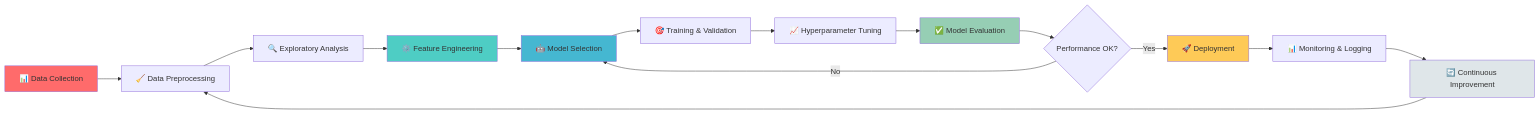
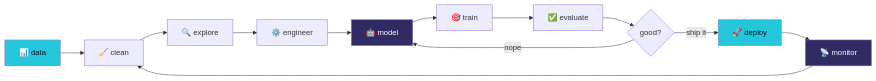
The diagram in README.md (tarunmehrda/tarunmehrda), drawn with Mermaid before and after one commit. The commit also changed other lines of this file, not shown here.

````diff
--- a/README.md
+++ b/README.md
@@ -414,23 +150,18 @@
 ```mermaid
 graph LR
-    A[📊 Data Collection] --> B[🧹 Data Preprocessing]
-    B --> C[🔍 Exploratory Analysis]
-    C --> D[⚙️ Feature Engineering]
-    D --> E[🤖 Model Selection]
-    E --> F[🎯 Training & Validation]
-    F --> G[📈 Hyperparameter Tuning]
-    G --> H[✅ Model Evaluation]
-    H --> I{Performance OK?}
-    I -->|No| E
-    I -->|Yes| J[🚀 Deployment]
-    J --> K[📊 Monitoring & Logging]
-    K --> L[🔄 Continuous Improvement]
-    L --> B
-    
-    style A fill:#FF6B6B
-    style D fill:#4ECDC4
-    style E fill:#45B7D1
-    style H fill:#96CEB4
-    style J fill:#FECA57
-    style L fill:#DFE6E9
+    A[📊 data] --> B[🧹 clean]
+    B --> C[🔍 explore]
+    C --> D[⚙️ engineer]
+    D --> E[🤖 model]
+    E --> F[🎯 train]
+    F --> G[✅ evaluate]
+    G --> H{good?}
+    H -->|nope| E
+    H -->|ship it| I[🚀 deploy]
+    I --> J[📡 monitor]
+    J --> B
+    style A fill:#24C6DC,color:#0F0C29
+    style E fill:#302B63,color:#fff
+    style I fill:#24C6DC,color:#0F0C29
+    style J fill:#302B63,color:#fff
 ```
````
